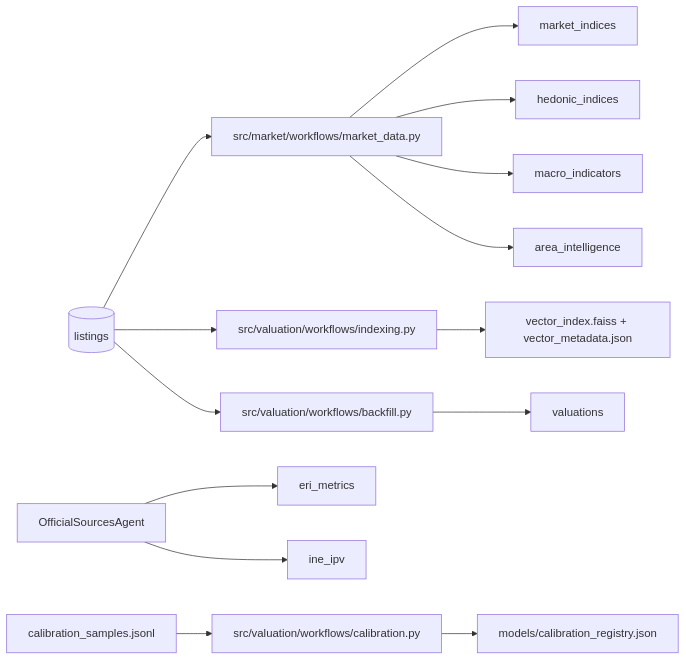
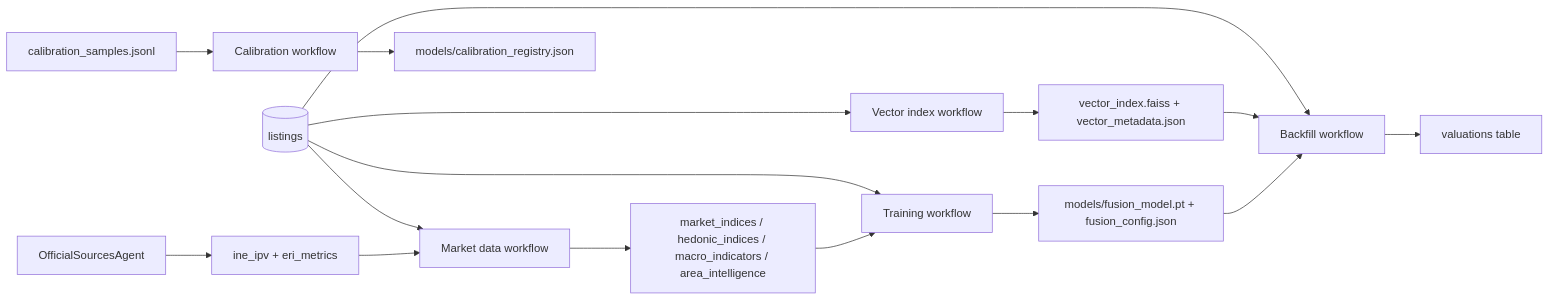
The third of 4 diagrams in docs/02_data_pipeline.md (Nirtzur0/PropertyScanner), drawn with Mermaid before and after one commit. The commit also changed other lines of this file and 68 other files, not shown here.

````diff
--- a/docs/02_data_pipeline.md
+++ b/docs/02_data_pipeline.md
@@ -57,20 +58,22 @@
 ```mermaid
 flowchart LR
-    Listings[("listings")] --> BuildMarket["src/market/workflows/market_data.py"]
-    BuildMarket --> MI["market_indices"]
-    BuildMarket --> HI["hedonic_indices"]
-    BuildMarket --> Macro["macro_indicators"]
-    BuildMarket --> Area["area_intelligence"]
+    Listings[("listings")] --> MarketData["Market data workflow"]
+    MarketData --> MarketTables["market_indices / hedonic_indices / macro_indicators / area_intelligence"]
 
-    Listings --> BuildIndex["src/valuation/workflows/indexing.py"]
-    BuildIndex --> VI["vector_index.faiss + vector_metadata.json"]
+    Gov["OfficialSourcesAgent"] --> GovData["ine_ipv + eri_metrics"] --> MarketData
 
-    Gov["OfficialSourcesAgent"] --> ERI["eri_metrics"]
-    Gov --> IPV["ine_ipv"]
+    Listings --> Index["Vector index workflow"]
+    Index --> VectorIndex["vector_index.faiss + vector_metadata.json"]
 
-    Listings --> Backfill["src/valuation/workflows/backfill.py"]
-    Backfill --> Val["valuations"]
+    Listings --> Train["Training workflow"]
+    MarketTables --> Train
+    Train --> ModelArtifacts["models/fusion_model.pt + fusion_config.json"]
 
-    CalibSamples["calibration_samples.jsonl"] --> CalibUpdate["src/valuation/workflows/calibration.py"]
+    Listings --> Backfill["Backfill workflow"]
+    VectorIndex --> Backfill
+    ModelArtifacts --> Backfill
+    Backfill --> Val["valuations table"]
+
+    CalibSamples["calibration_samples.jsonl"] --> CalibUpdate["Calibration workflow"]
     CalibUpdate --> Calib["models/calibration_registry.json"]
 ```
````
